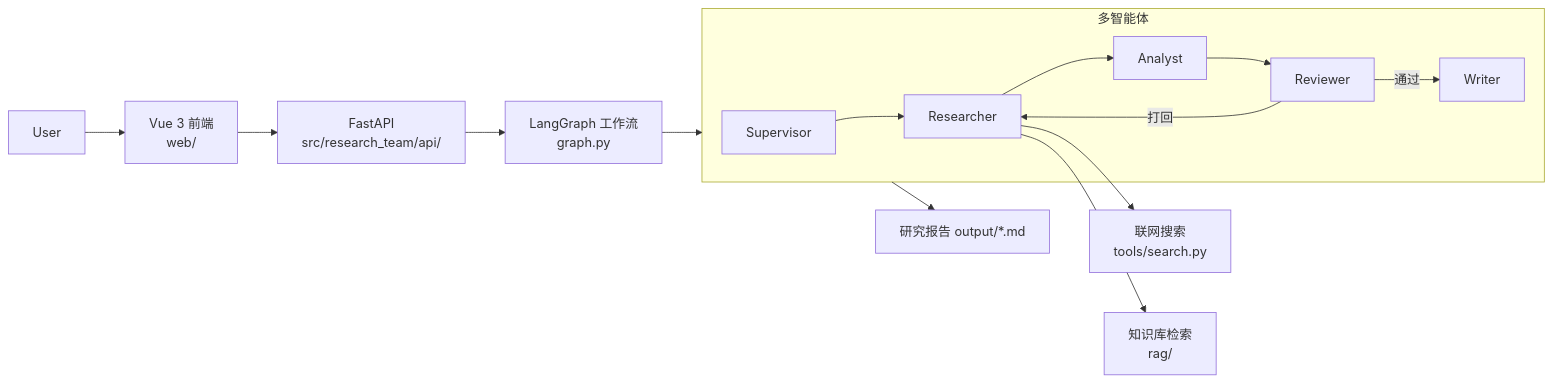
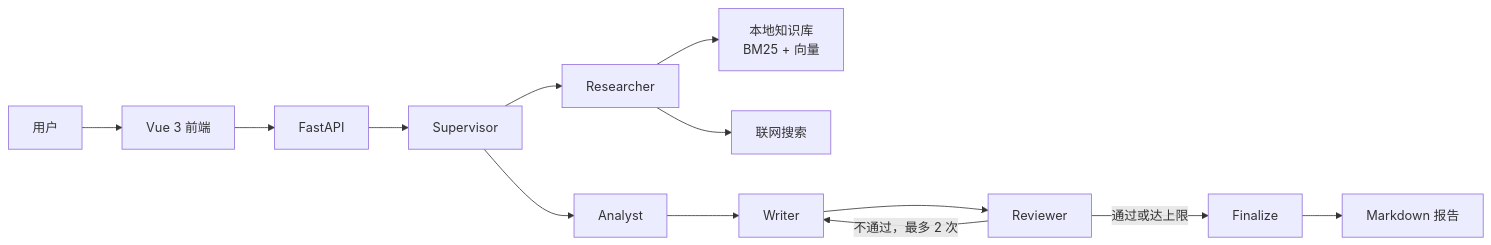
Before and after one commit to youxinrui/research-team: the diagram in README.md, drawn with Mermaid. The commit also changed other lines of this file and 18 other files, not shown here.

````diff
--- a/README.md
+++ b/README.md
@@ -7,17 +18,15 @@
 ```mermaid
 flowchart LR
-    User --> Web[Vue 3 前端<br/>web/]
-    Web --> API[FastAPI<br/>src/research_team/api/]
-    API --> Graph[LangGraph 工作流<br/>graph.py]
-    subgraph Agents[多智能体]
-        Sup[Supervisor] --> Res[Researcher]
-        Res --> Ana[Analyst]
-        Ana --> Rev[Reviewer]
-        Rev -->|通过| Wri[Writer]
-        Rev -->|打回| Res
-    end
-    Graph --> Agents
-    Res --> Search[联网搜索<br/>tools/search.py]
-    Res --> RAG[知识库检索<br/>rag/]
-    Agents --> Report[研究报告 output/*.md]
+    User[用户] --> Web[Vue 3 前端]
+    Web --> API[FastAPI]
+    API --> Sup[Supervisor]
+    Sup --> Res[Researcher]
+    Res --> KB[本地知识库<br/>BM25 + 向量]
+    Res --> WebSearch[联网搜索]
+    Sup --> Ana[Analyst]
+    Ana --> Wri[Writer]
+    Wri --> Rev[Reviewer]
+    Rev -->|不通过，最多 2 次| Wri
+    Rev -->|通过或达上限| Fin[Finalize]
+    Fin --> Report[Markdown 报告]
 ```
````
